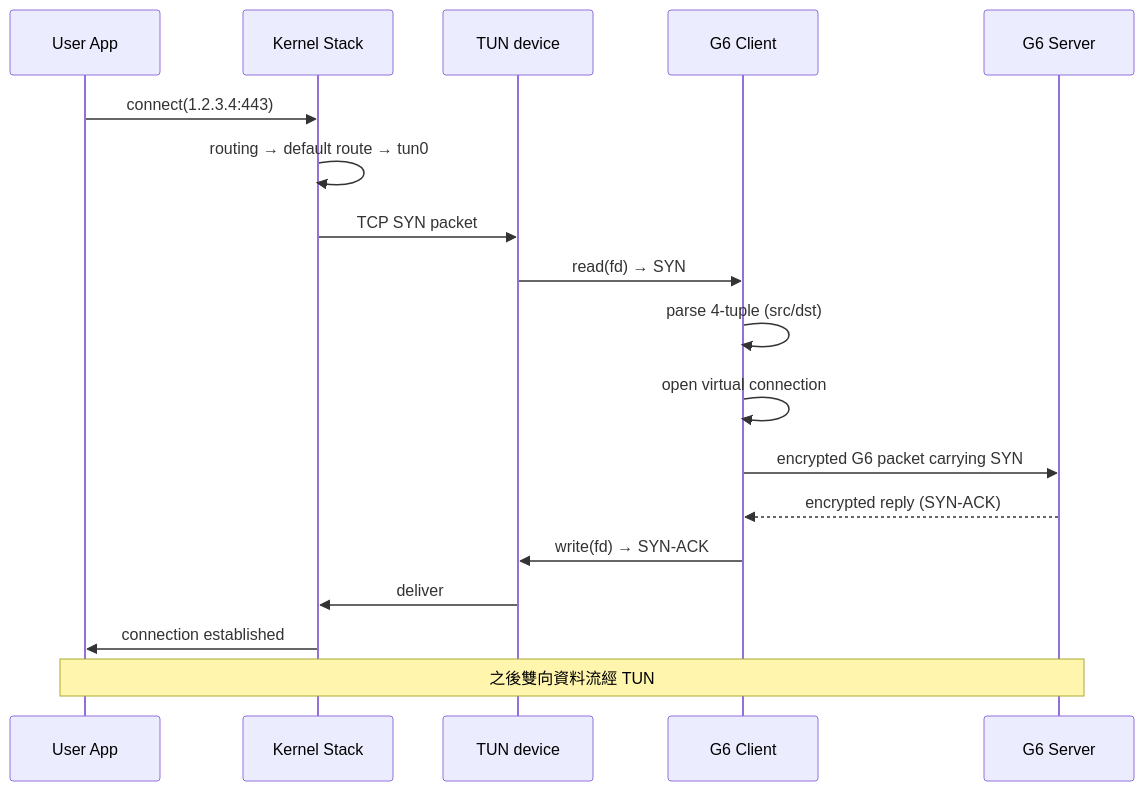
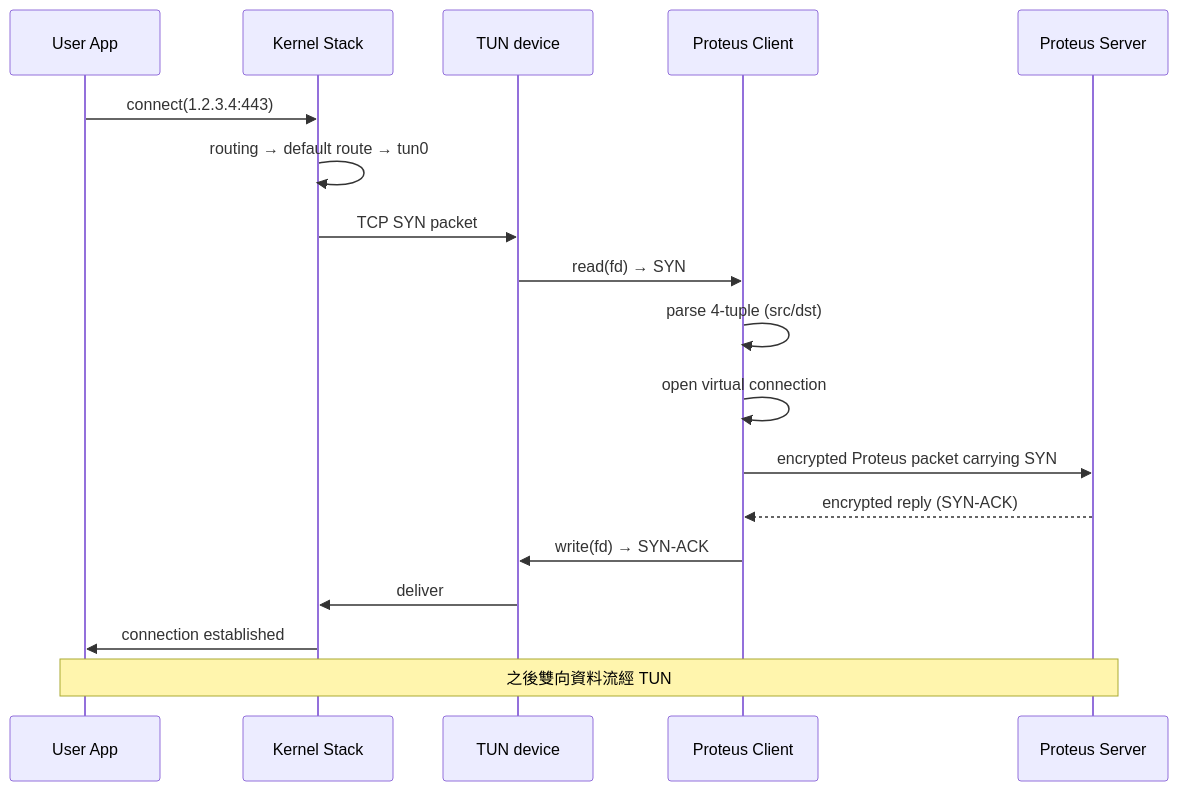
One commit to Icarus603/network-from-scratch changed the second of 2 diagrams in lessons/part-2-high-perf-io/2.11-tun-tap.md. Above: the diagram before and after it, drawn with Mermaid. The commit also changed other lines of this file and 300 other files, not shown here.

````diff
--- a/lessons/part-2-high-perf-io/2.11-tun-tap.md
+++ b/lessons/part-2-high-perf-io/2.11-tun-tap.md
@@ -418,21 +418,21 @@
 ```mermaid
 sequenceDiagram
     participant App as User App
     participant Stack as Kernel Stack
     participant Tun as TUN device
-    participant G6 as G6 Client
-    participant Srv as G6 Server
+    participant Proteus as Proteus Client
+    participant Srv as Proteus Server
 
     App->>Stack: connect(1.2.3.4:443)
     Stack->>Stack: routing → default route → tun0
     Stack->>Tun: TCP SYN packet
-    Tun->>G6: read(fd) → SYN
-    G6->>G6: parse 4-tuple (src/dst)
-    G6->>G6: open virtual connection
-    G6->>Srv: encrypted G6 packet carrying SYN
-    Srv-->>G6: encrypted reply (SYN-ACK)
-    G6->>Tun: write(fd) → SYN-ACK
+    Tun->>Proteus: read(fd) → SYN
+    Proteus->>Proteus: parse 4-tuple (src/dst)
+    Proteus->>Proteus: open virtual connection
+    Proteus->>Srv: encrypted Proteus packet carrying SYN
+    Srv-->>Proteus: encrypted reply (SYN-ACK)
+    Proteus->>Tun: write(fd) → SYN-ACK
     Tun->>Stack: deliver
     Stack->>App: connection established
     Note over App,Srv: 之後雙向資料流經 TUN
 ```
````
